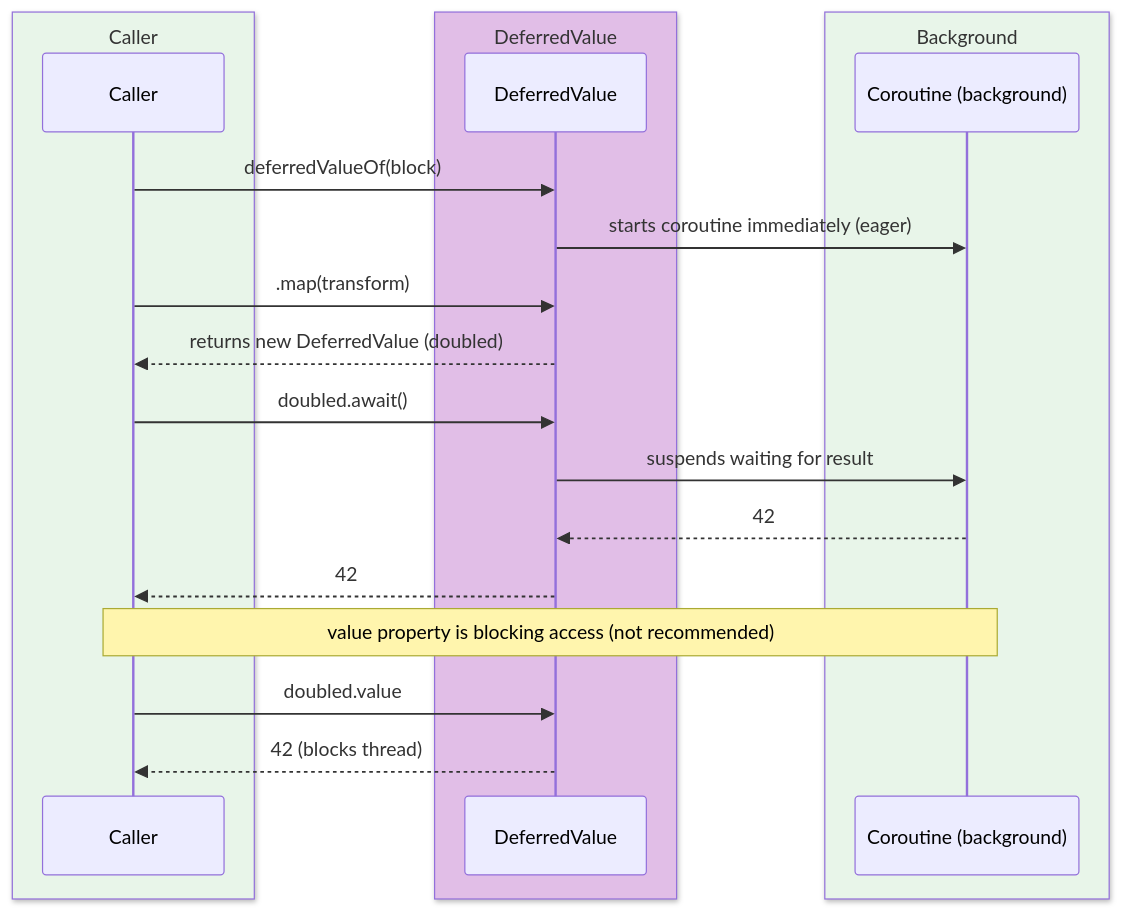
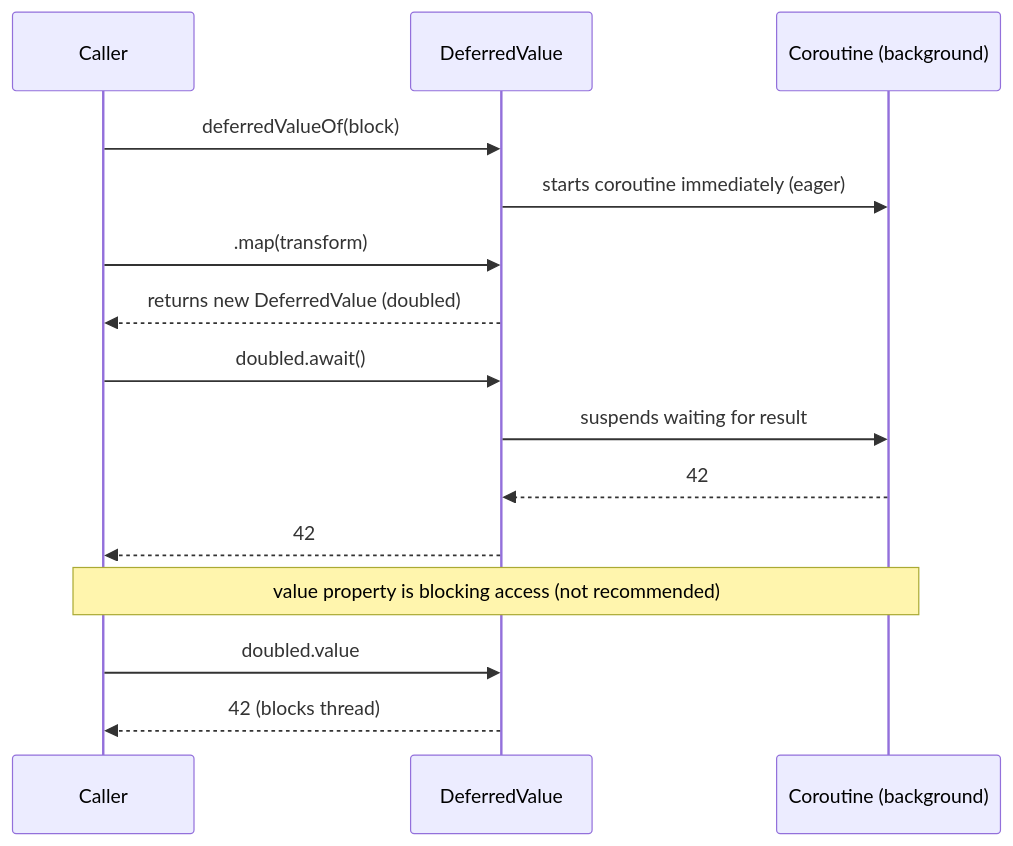
Before and after one commit to bluetape4k/bluetape4k-projects: the third of 16 diagrams in bluetape4k/coroutines/README.md, drawn with Mermaid. The commit also changed other lines of this file and 219 other files, not shown here.

First line of the commit message:
docs: 전체 README Mermaid 다이어그램 가이드 적용

````diff
--- a/bluetape4k/coroutines/README.md
+++ b/bluetape4k/coroutines/README.md
@@ -155,27 +155,21 @@
 ```mermaid
 sequenceDiagram
-    box rgb(232, 245, 233) Caller
         participant C as Caller
-    end
-    box rgb(225, 190, 231) DeferredValue
         participant DV as DeferredValue
-    end
-    box rgb(232, 245, 233) Background
         participant Co as Coroutine (background)
-    end
 
     C->>DV: deferredValueOf(block)
     DV->>Co: starts coroutine immediately (eager)
 
     C->>DV: .map(transform)
     DV-->>C: returns new DeferredValue (doubled)
 
     C->>DV: doubled.await()
     DV->>Co: suspends waiting for result
     Co-->>DV: 42
     DV-->>C: 42
 
     Note over C,Co: value property is blocking access (not recommended)
     C->>DV: doubled.value
     DV-->>C: 42 (blocks thread)
 ```
````
